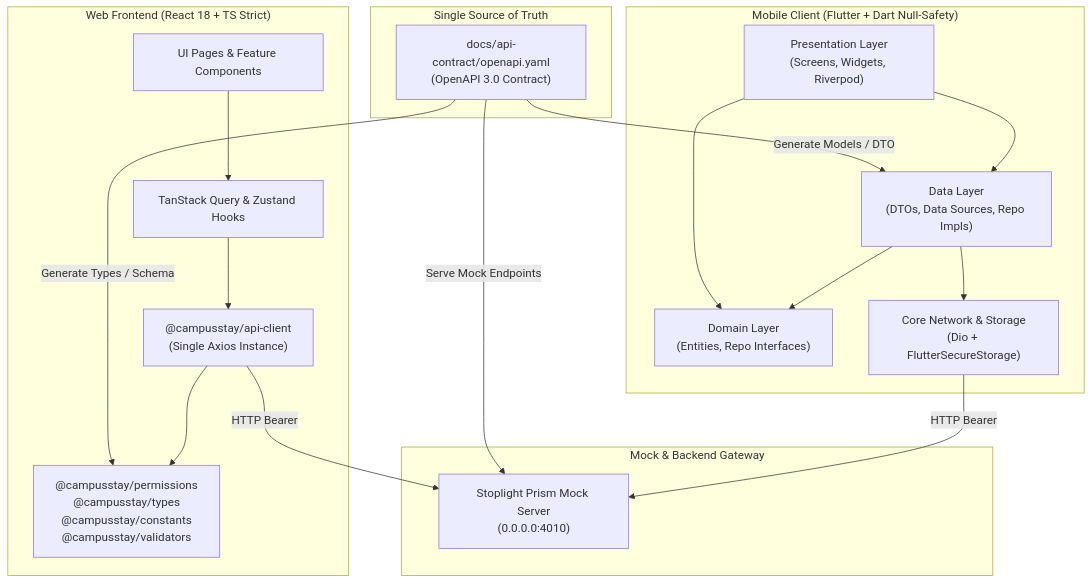
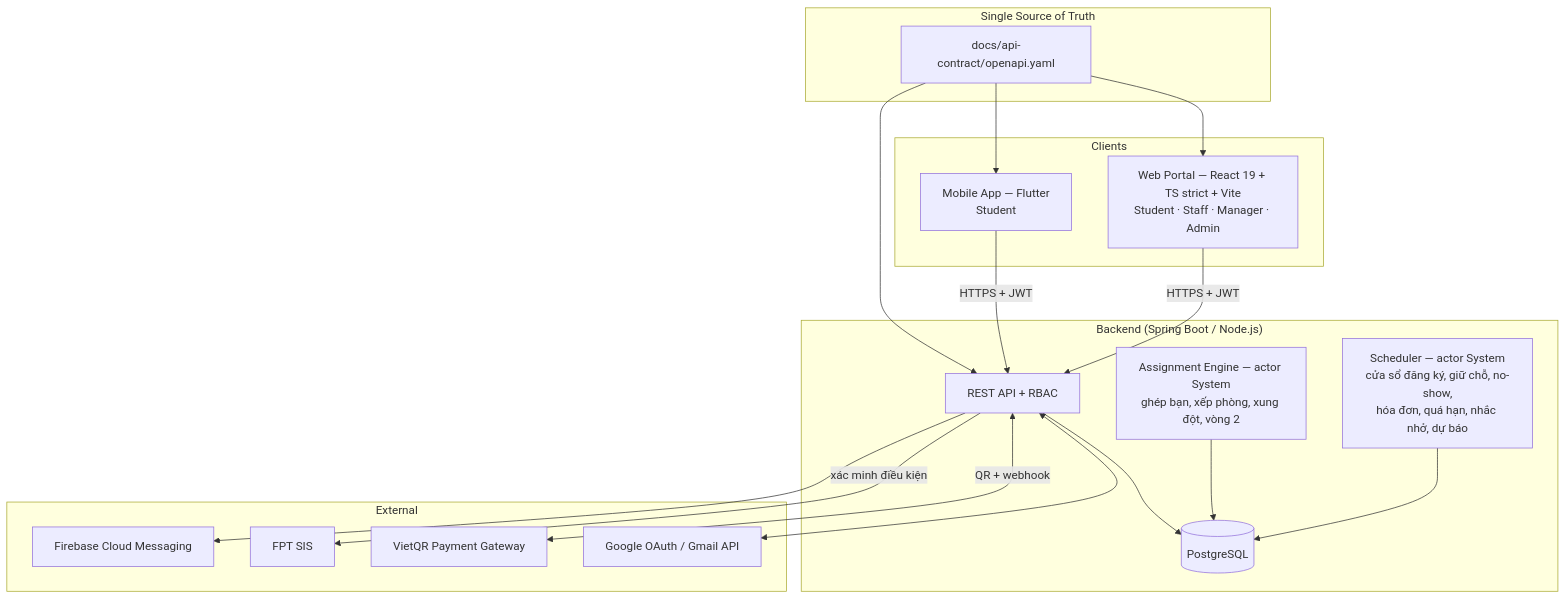
Before and after one commit to nguyenxuanloc22/fpt-campus-stay-frontend: the diagram in docs/ARCHITECTURE.md, drawn with Mermaid. The commit also changed other lines of this file and 79 other files, not shown here.

````diff
--- a/docs/ARCHITECTURE.md
+++ b/docs/ARCHITECTURE.md
@@ -14,39 +49,35 @@
 ```mermaid
 graph TD
     subgraph "Single Source of Truth"
-        OAS["docs/api-contract/openapi.yaml<br/>(OpenAPI 3.0 Contract)"]
+        OAS["docs/api-contract/openapi.yaml"]
+    end
+    subgraph "Clients"
+        WEB["Web Portal — React 19 + TS strict + Vite<br/>Student · Staff · Manager · Admin"]
+        MOB["Mobile App — Flutter<br/>Student"]
+    end
+    subgraph "Backend (Spring Boot / Node.js)"
+        API["REST API + RBAC"]
+        ENG["Assignment Engine — actor System<br/>ghép bạn, xếp phòng, xung đột, vòng 2"]
+        JOB["Scheduler — actor System<br/>cửa sổ đăng ký, giữ chỗ, no-show,<br/>hóa đơn, quá hạn, nhắc nhở, dự báo"]
+        DB[("PostgreSQL")]
+    end
+    subgraph "External"
+        GG["Google OAuth / Gmail API"]
+        PAY["VietQR Payment Gateway"]
+        SIS["FPT SIS"]
+        FCM["Firebase Cloud Messaging"]
     end
 
-    subgraph "Mock & Backend Gateway"
-        MOCK["Stoplight Prism Mock Server<br/>(0.0.0.0:4010)"]
-    end
-
-    subgraph "Web Frontend (React 18 + TS Strict)"
-        W_UI["UI Pages & Feature Components"]
-        W_HOOKS["TanStack Query & Zustand Hooks"]
-        W_API["@campusstay/api-client<br/>(Single Axios Instance)"]
-        W_PKGS["@campusstay/permissions<br/>@campusstay/types<br/>@campusstay/constants<br/>@campusstay/validators"]
-    end
-
-    subgraph "Mobile Client (Flutter + Dart Null-Safety)"
-        M_PRE["Presentation Layer<br/>(Screens, Widgets, Riverpod)"]
-        M_DOM["Domain Layer<br/>(Entities, Repo Interfaces)"]
-        M_DATA["Data Layer<br/>(DTOs, Data Sources, Repo Impls)"]
-        M_CORE["Core Network & Storage<br/>(Dio + FlutterSecureStorage)"]
-    end
-
-    OAS -->|Generate Types / Schema| W_PKGS
-    OAS -->|Serve Mock Endpoints| MOCK
-    OAS -->|Generate Models / DTO| M_DATA
-
-    W_UI --> W_HOOKS
-    W_HOOKS --> W_API
-    W_API --> W_PKGS
-    W_API -->|HTTP Bearer| MOCK
-
-    M_PRE --> M_DOM
-    M_DATA --> M_DOM
-    M_PRE --> M_DATA
-    M_DATA --> M_CORE
-    M_CORE -->|HTTP Bearer| MOCK
+    OAS --> WEB
+    OAS --> MOB
+    OAS --> API
+    WEB -->|HTTPS + JWT| API
+    MOB -->|HTTPS + JWT| API
+    API --> DB
+    ENG --> DB
+    JOB --> DB
+    API <--> GG
+    API <-->|QR + webhook| PAY
+    API -->|xác minh điều kiện| SIS
+    API --> FCM
 ```
````
